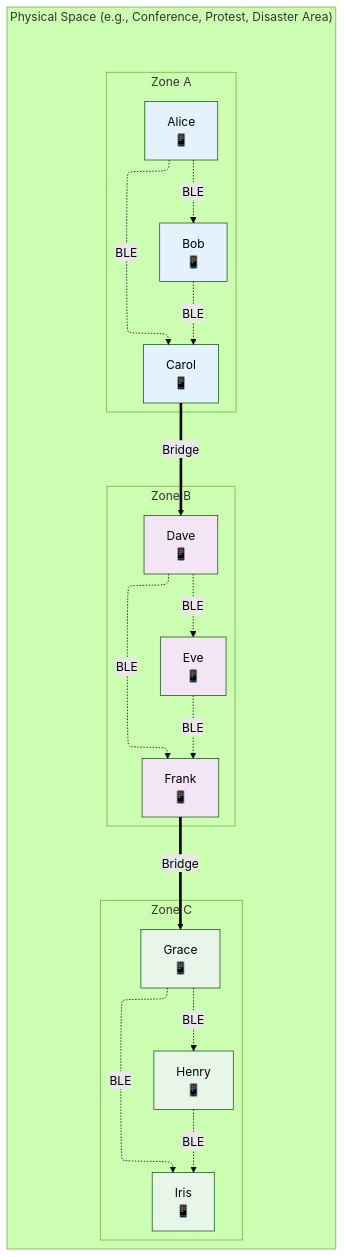
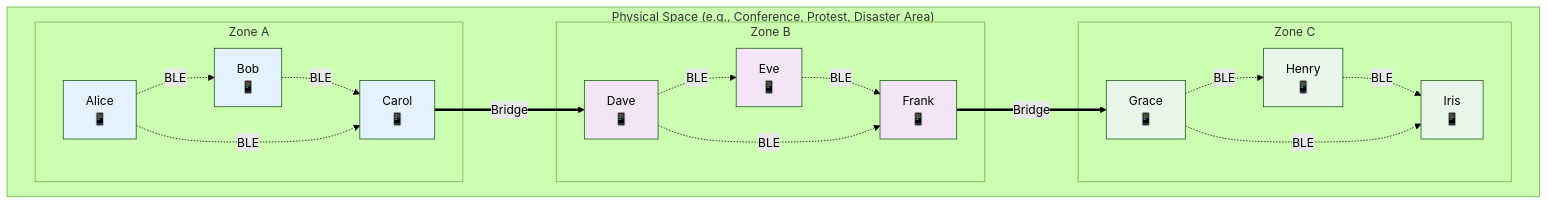
Before and after one commit to shaloo/bitchat: the second of 18 diagrams in WHITEPAPER.md, drawn with Mermaid (forest theme).

````diff
--- a/WHITEPAPER.md
+++ b/WHITEPAPER.md
@@ -95,51 +95,48 @@
 ```mermaid
----
-config:
-  layout: elk
----
+%%{init: { "config": { "layout": elk} } }%%
 graph TD
     subgraph "Physical Space (e.g., Conference, Protest, Disaster Area)"
         subgraph "Zone A"
             A1["Alice\n📱"]
             A2["Bob\n📱"]
             A3["Carol\n📱"]
         end
         
         subgraph "Zone B"
             B1["Dave\n📱"]
             B2["Eve\n📱"]
             B3["Frank\n📱"]
         end
         
         subgraph "Zone C"
             C1["Grace\n📱"]
             C2["Henry\n📱"]
             C3["Iris\n📱"]
         end
     end
     
     A1 -.->|BLE| A2
     A2 -.->|BLE| A3
     A1 -.->|BLE| A3
     
     B1 -.->|BLE| B2
     B2 -.->|BLE| B3
     B1 -.->|BLE| B3
     
     C1 -.->|BLE| C2
     C2 -.->|BLE| C3
     C1 -.->|BLE| C3
     
     A3 ==>|Bridge| B1
     B3 ==>|Bridge| C1
     
     style A1 fill:#e3f2fd
     style A2 fill:#e3f2fd
     style A3 fill:#e3f2fd
     style B1 fill:#f3e5f5
     style B2 fill:#f3e5f5
     style B3 fill:#f3e5f5
     style C1 fill:#e8f5e9
     style C2 fill:#e8f5e9
     style C3 fill:#e8f5e9
 ```
````
